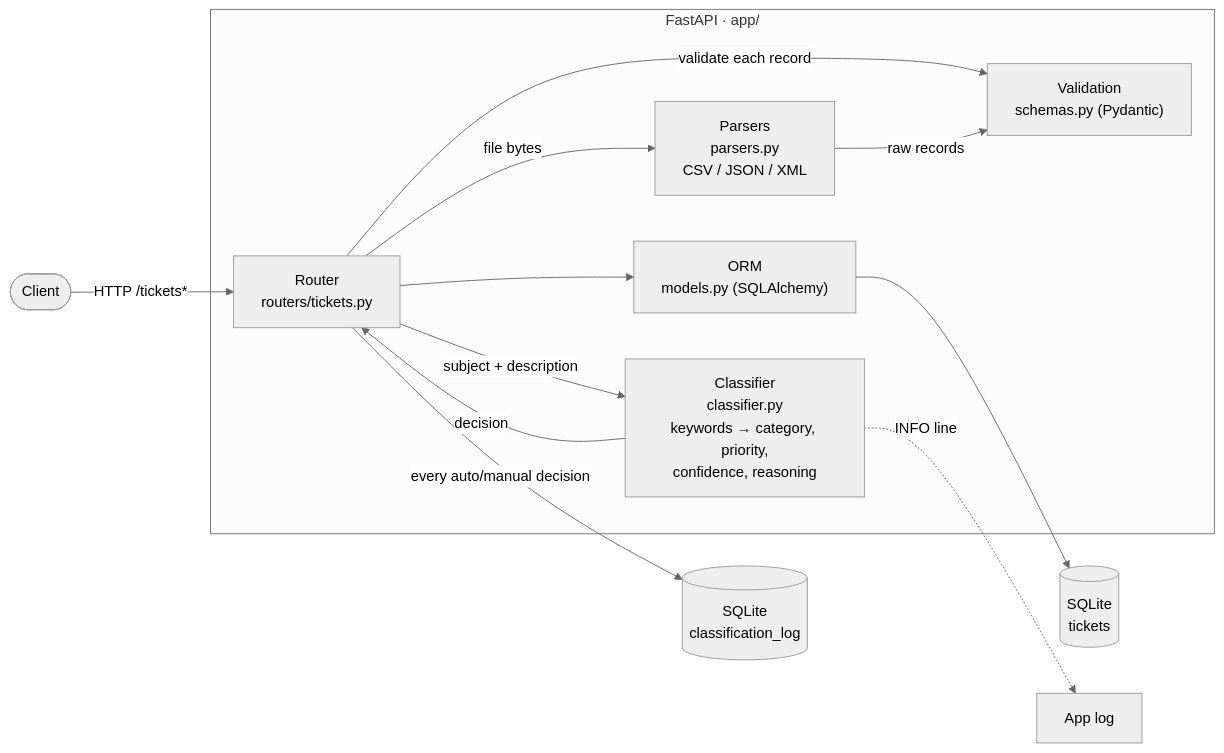
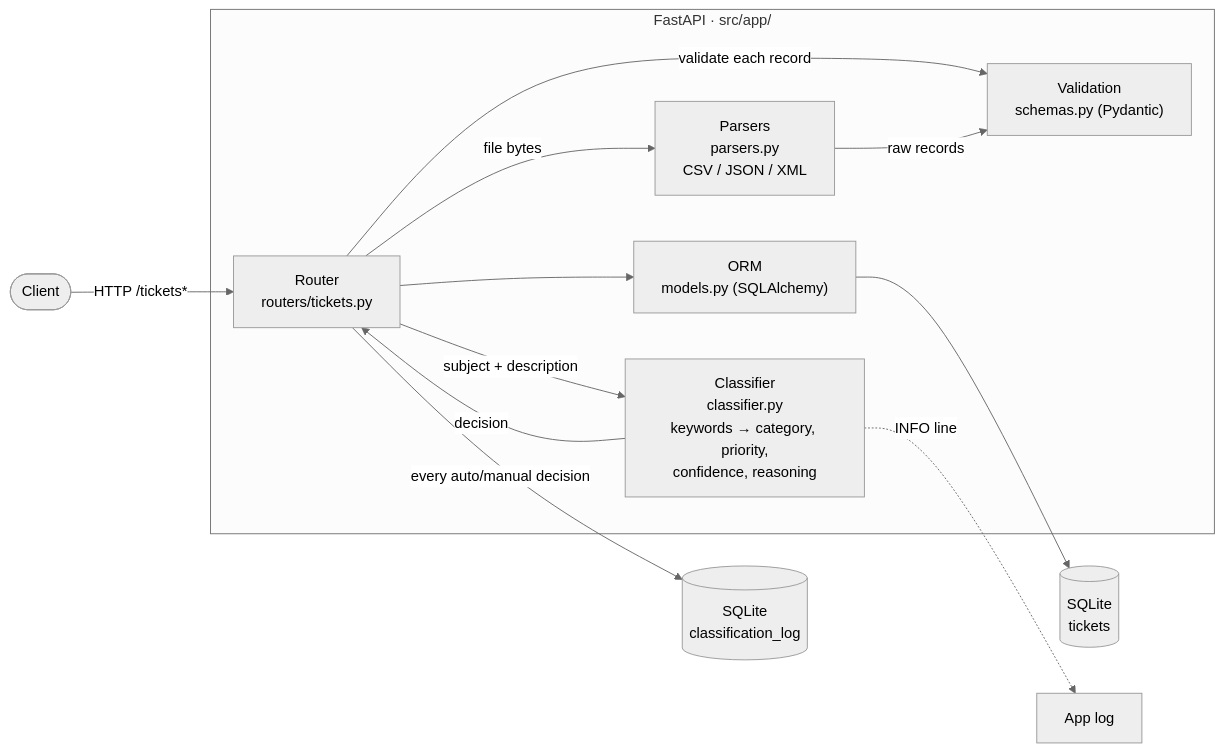
Before and after one commit to Darch1tect/gen-ai-software-engineering: the diagram in homework-2/README.md, drawn with Mermaid (neutral theme). The commit also changed other lines of this file and 17 other files, not shown here.

````diff
--- a/homework-2/README.md
+++ b/homework-2/README.md
@@ -49,27 +49,27 @@
 ```mermaid
 flowchart LR
     Client([Client])
 
-    subgraph API["FastAPI · app/"]
+    subgraph API["FastAPI · src/app/"]
         Router["Router<br/>routers/tickets.py"]
         Schemas["Validation<br/>schemas.py (Pydantic)"]
         Parsers["Parsers<br/>parsers.py<br/>CSV / JSON / XML"]
         Classifier["Classifier<br/>classifier.py<br/>keywords → category, priority,<br/>confidence, reasoning"]
         ORM["ORM<br/>models.py (SQLAlchemy)"]
     end
 
     DB[("SQLite<br/>tickets")]
     Audit[("SQLite<br/>classification_log")]
     Log["App log"]
 
     Client -->|"HTTP /tickets*"| Router
     Router -->|"validate each record"| Schemas
     Router -->|"file bytes"| Parsers
     Parsers -->|"raw records"| Schemas
     Router -->|"subject + description"| Classifier
     Classifier -->|"decision"| Router
     Router --> ORM
     ORM --> DB
     Router -->|"every auto/manual decision"| Audit
     Classifier -.->|"INFO line"| Log
 ```
````
